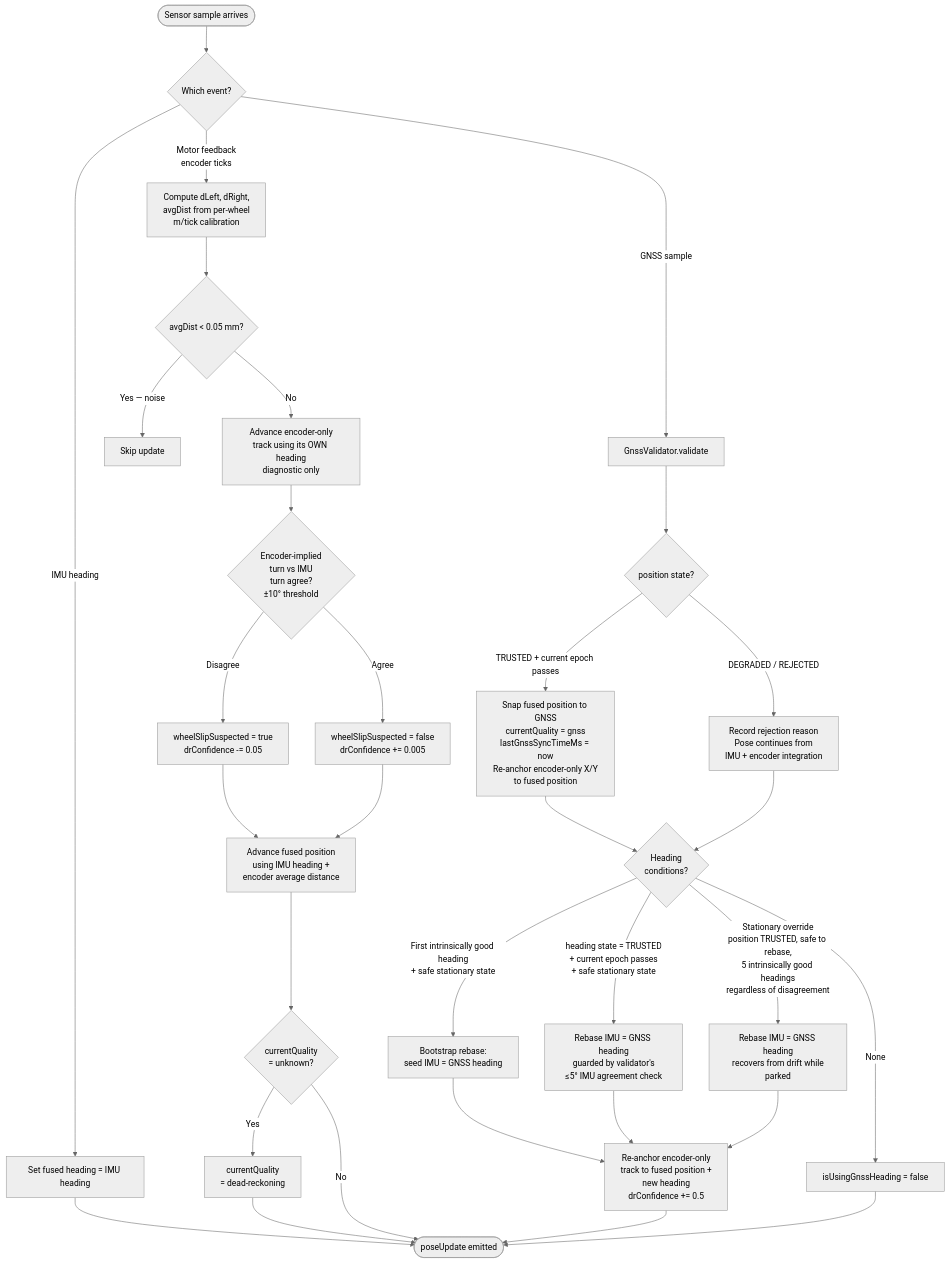
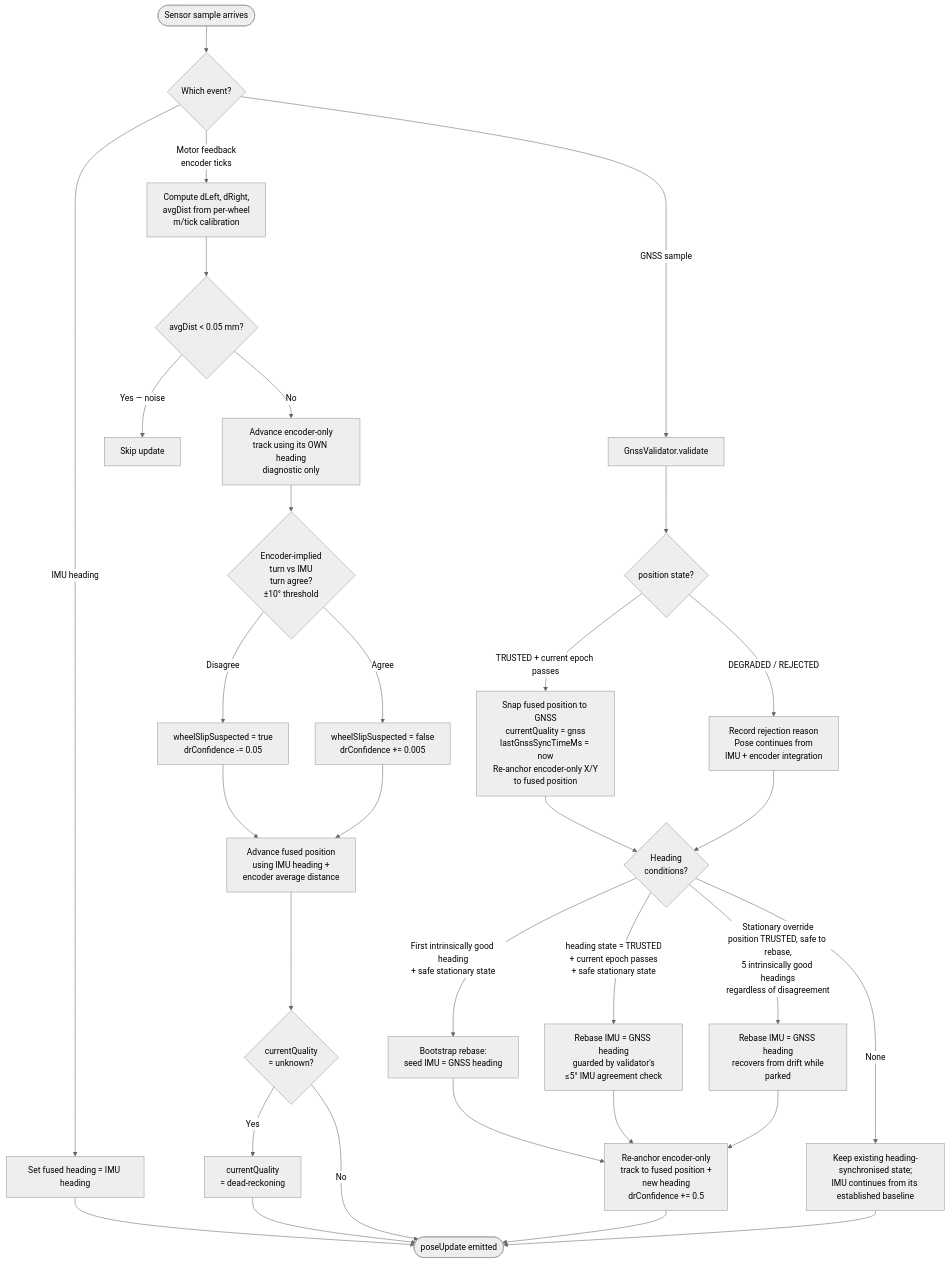
One commit to davidgoddard/mower2026 changed the first of 2 diagrams in docs/pose-fusion.md. Above: the diagram before and after it, drawn with Mermaid (neutral theme). The commit also changed other lines of this file and 59 other files, not shown here.

````diff
--- a/docs/pose-fusion.md
+++ b/docs/pose-fusion.md
@@ -45,45 +45,45 @@
 ```mermaid
 flowchart TD
     Start([Sensor sample arrives]) --> Which{Which event?}
 
     Which -->|IMU heading| IMU[Set fused heading = IMU heading]
     IMU --> Emit[Emit poseUpdate]
 
     Which -->|Motor feedback<br/>encoder ticks| Enc1[Compute dLeft, dRight,<br/>avgDist from per-wheel<br/>m/tick calibration]
     Enc1 --> Tiny{avgDist &lt; 0.05 mm?}
     Tiny -->|Yes — noise| Done[Skip update]
     Tiny -->|No| EncOnly[Advance encoder-only<br/>track using its OWN heading<br/>diagnostic only]
     EncOnly --> Slip{Encoder-implied<br/>turn vs IMU<br/>turn agree?<br/>±10° threshold}
     Slip -->|Disagree| SlipBad[wheelSlipSuspected = true<br/>drConfidence -= 0.05]
     Slip -->|Agree| SlipOk[wheelSlipSuspected = false<br/>drConfidence += 0.005]
     SlipBad --> AdvanceFused
     SlipOk --> AdvanceFused
     AdvanceFused[Advance fused position<br/>using IMU heading +<br/>encoder average distance]
     AdvanceFused --> EncQual{currentQuality<br/>= unknown?}
     EncQual -->|Yes| Demote[currentQuality<br/>= dead-reckoning]
     EncQual -->|No| Emit
     Demote --> Emit
 
     Which -->|GNSS sample| Validate[GnssValidator.validate]
     Validate --> ValidatorState{position state?}
 
     ValidatorState -->|TRUSTED + current epoch passes| SnapPos[Snap fused position to GNSS<br/>currentQuality = gnss<br/>lastGnssSyncTimeMs = now<br/>Re-anchor encoder-only X/Y<br/>to fused position]
     ValidatorState -->|DEGRADED / REJECTED| RecRej[Record rejection reason<br/>Pose continues from<br/>IMU + encoder integration]
 
     SnapPos --> HeadCheck{Heading<br/>conditions?}
     RecRej --> HeadCheck
 
     HeadCheck -->|First intrinsically good heading<br/>+ safe stationary state| Bootstrap[Bootstrap rebase:<br/>seed IMU = GNSS heading]
     HeadCheck -->|heading state = TRUSTED<br/>+ current epoch passes<br/>+ safe stationary state| RebaseTrusted[Rebase IMU = GNSS heading<br/>guarded by validator's<br/>≤5° IMU agreement check]
     HeadCheck -->|Stationary override<br/>position TRUSTED, safe to rebase,<br/>5 intrinsically good headings<br/>regardless of disagreement| RebaseStat[Rebase IMU = GNSS heading<br/>recovers from drift while<br/>parked]
-    HeadCheck -->|None| NoRebase[isUsingGnssHeading = false]
+    HeadCheck -->|None| NoRebase[Keep existing heading-synchronised state;<br/>IMU continues from its established baseline]
 
     Bootstrap --> ReanchorEnc
     RebaseTrusted --> ReanchorEnc
     RebaseStat --> ReanchorEnc
     ReanchorEnc[Re-anchor encoder-only<br/>track to fused position +<br/>new heading<br/>drConfidence += 0.5]
     ReanchorEnc --> Emit
     NoRebase --> Emit
 
     Emit([poseUpdate emitted])
 ```
````
